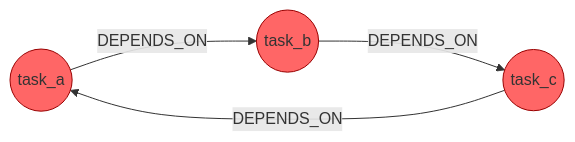
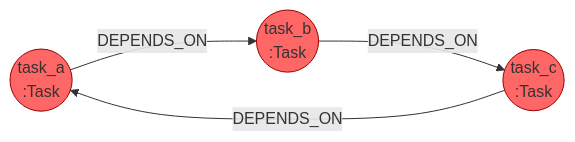
Before and after one commit to xergioalex/agent-lab: the second of 3 diagrams in src/45_dependency_analysis/README.md, drawn with Mermaid. The commit also changed other lines of this file and 64 other files, not shown here.

First line of the commit message:
docs(docs): premium Mermaid diagram pass on all 64 module READMEs

````diff
--- a/src/45_dependency_analysis/README.md
+++ b/src/45_dependency_analysis/README.md
@@ -65,9 +71,9 @@
 ```mermaid
-graph LR
-    task_a((task_a)) -->|DEPENDS_ON| task_b((task_b))
-    task_b -->|DEPENDS_ON| task_c((task_c))
-    task_c -->|DEPENDS_ON| task_a
+flowchart LR
+    task_a(("task_a<br/>:Task")) -->|"DEPENDS_ON"| task_b(("task_b<br/>:Task"))
+    task_b -->|"DEPENDS_ON"| task_c(("task_c<br/>:Task"))
+    task_c -->|"DEPENDS_ON"| task_a
     style task_a fill:#f66,stroke:#900
     style task_b fill:#f66,stroke:#900
     style task_c fill:#f66,stroke:#900
 ```
````
